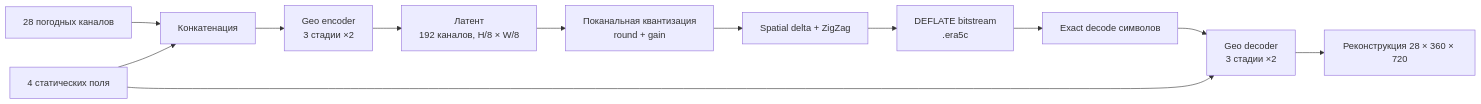
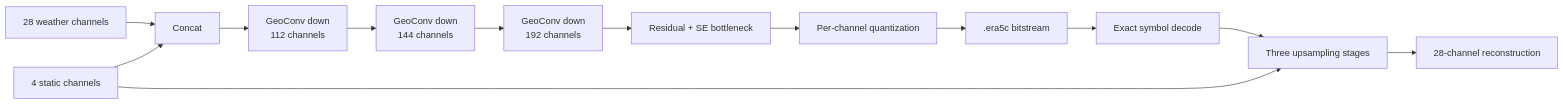
Before and after one commit to flyupunity/NuclearIT_Untitled-0_AIRI: the diagram in README.md, drawn with Mermaid. The commit also changed other lines of this file, not shown here.

````diff
--- a/README.md
+++ b/README.md
@@ -68,14 +122,15 @@
 ```mermaid
 flowchart LR
-    A["28 погодных каналов"] --> C["Конкатенация"]
-    B["4 статических поля"] --> C
-    C --> E["Geo encoder<br/>3 стадии ×2"]
-    E --> L["Латент<br/>192 каналов, H/8 × W/8"]
-    L --> Q["Поканальная квантизация<br/>round + gain"]
-    Q --> S["Spatial delta + ZigZag"]
-    S --> Z["DEFLATE bitstream<br/>.era5c"]
-    Z --> D["Exact decode символов"]
-    D --> R["Geo decoder<br/>3 стадии ×2"]
-    B --> R
-    R --> X["Реконструкция 28 × 360 × 720"]
+    W["28 weather channels"] --> C["Concat"]
+    S["4 static channels"] --> C
+    C --> E1["GeoConv down<br/>112 channels"]
+    E1 --> E2["GeoConv down<br/>144 channels"]
+    E2 --> E3["GeoConv down<br/>192 channels"]
+    E3 --> B["Residual + SE bottleneck"]
+    B --> Q["Per-channel quantization"]
+    Q --> BS[".era5c bitstream"]
+    BS --> IQ["Exact symbol decode"]
+    IQ --> D["Three upsampling stages"]
+    S --> D
+    D --> R["28-channel reconstruction"]
 ```
````
